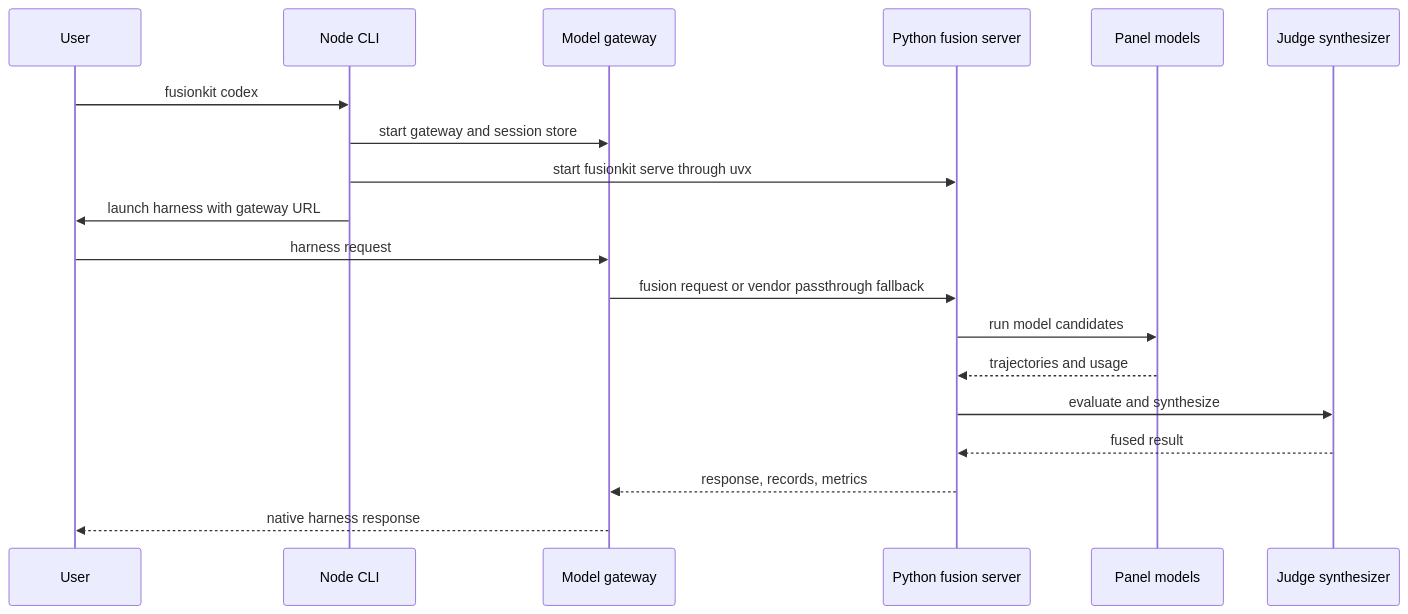
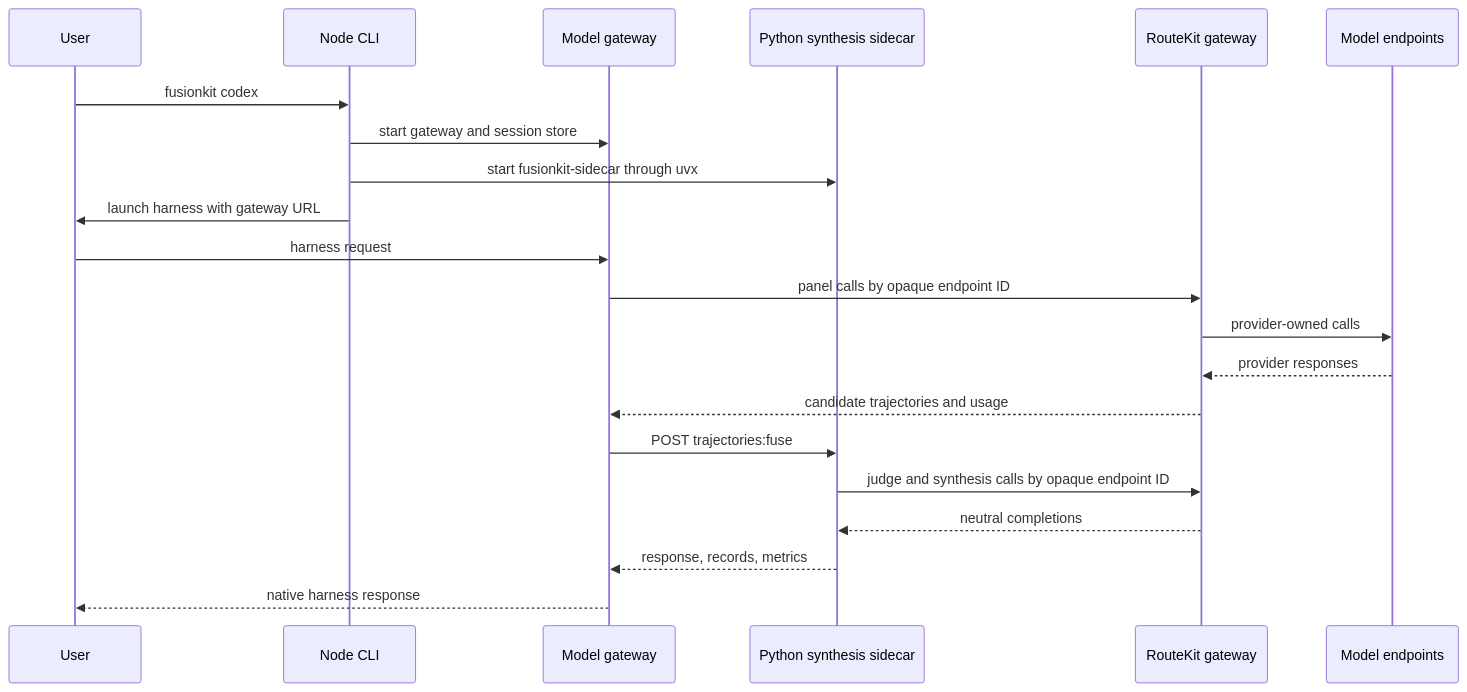
The second of 2 diagrams in docs/repository-reference.md (velum-labs/handoffkit), drawn with Mermaid before and after one commit. The commit also changed other lines of this file and 147 other files, not shown here.

Commit message:
refactor: reduce Python to FusionKit sidecar

````diff
--- a/docs/repository-reference.md
+++ b/docs/repository-reference.md
@@ -56,22 +57,24 @@
 ```mermaid
 sequenceDiagram
   participant User
   participant CLI as Node CLI
   participant GW as Model gateway
-  participant PY as Python fusion server
-  participant Panel as Panel models
-  participant Judge as Judge synthesizer
+  participant PY as Python synthesis sidecar
+  participant RK as RouteKit gateway
+  participant Models as Model endpoints
 
   User->>CLI: fusionkit codex
   CLI->>GW: start gateway and session store
-  CLI->>PY: start fusionkit serve through uvx
+  CLI->>PY: start fusionkit-sidecar through uvx
   CLI->>User: launch harness with gateway URL
   User->>GW: harness request
-  GW->>PY: fusion request or vendor passthrough fallback
-  PY->>Panel: run model candidates
-  Panel-->>PY: trajectories and usage
-  PY->>Judge: evaluate and synthesize
-  Judge-->>PY: fused result
+  GW->>RK: panel calls by opaque endpoint ID
+  RK->>Models: provider-owned calls
+  Models-->>RK: provider responses
+  RK-->>GW: candidate trajectories and usage
+  GW->>PY: POST trajectories:fuse
+  PY->>RK: judge and synthesis calls by opaque endpoint ID
+  RK-->>PY: neutral completions
   PY-->>GW: response, records, metrics
   GW-->>User: native harness response
 ```
````
